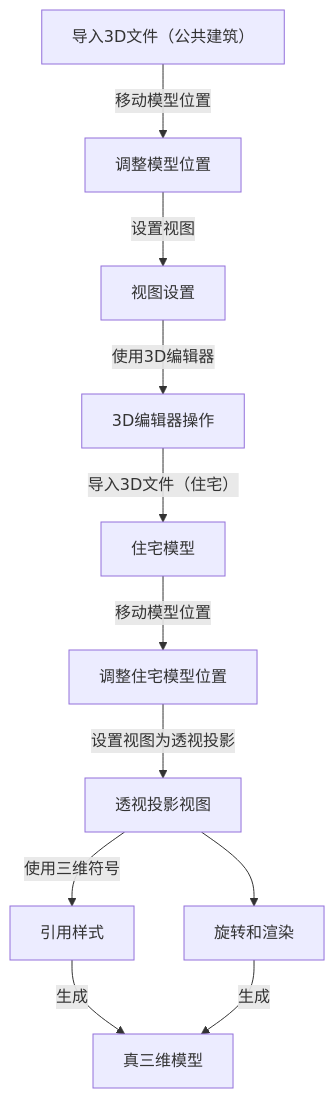
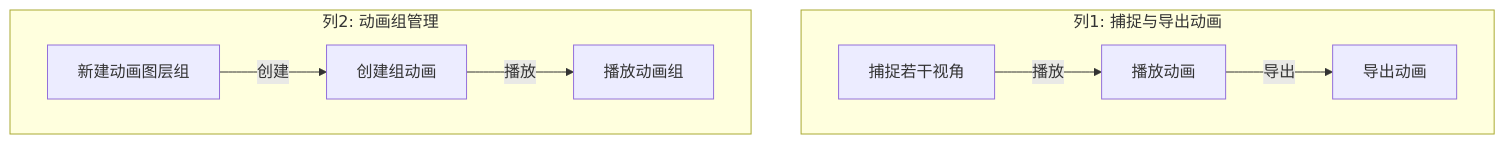
One commit to newguser/iodraw-files changed the diagram in all/未命名.md. Above: the diagram before and after it, drawn with Mermaid.

Commit message:
2025-02-27 22:02:37 update

````diff
--- a/all/未命名.md
+++ b/all/未命名.md
@@ -1,13 +1,12 @@
 ```mermaid
 graph TD
-    A[导入3D文件（公共建筑）] -->|移动模型位置| B[调整模型位置]
-    B -->|设置视图| C[视图设置]
-    C -->|使用3D编辑器| D[3D编辑器操作]
-    D -->|导入3D文件（住宅）| E[住宅模型]
-    E -->|移动模型位置| F[调整住宅模型位置]
-    F -->|设置视图为透视投影| G[透视投影视图]
-    G -->|使用三维符号| H[引用样式]
-    G -->I[旋转和渲染]
-    H[引用样式]-->|生成| J[真三维模型]
-    I -->|生成| J[真三维模型]
+    subgraph 列1: 捕捉与导出动画
+        A[捕捉若干视角] -->|播放| B[播放动画]
+        B -->|导出| C[导出动画]
+    end
+
+    subgraph 列2: 动画组管理
+        D[新建动画图层组] -->|创建| E[创建组动画]
+        E -->|播放| F[播放动画组]
+    end
 ```
````
